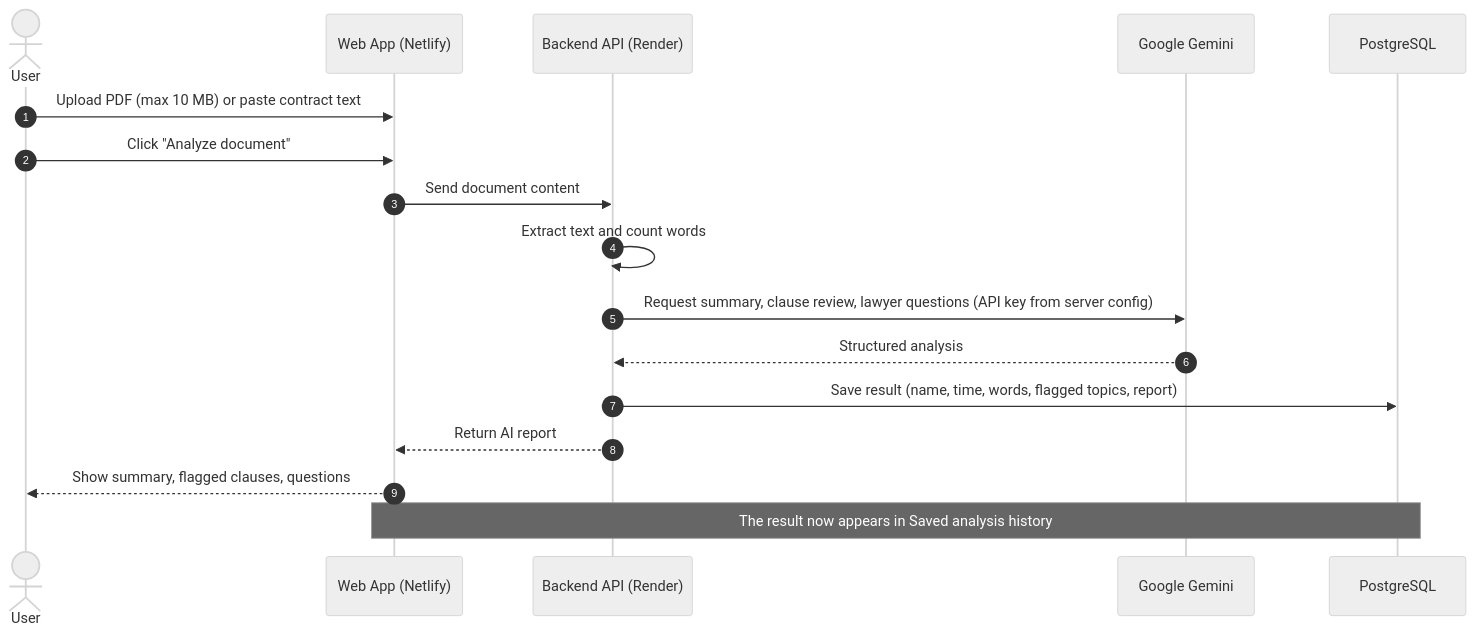
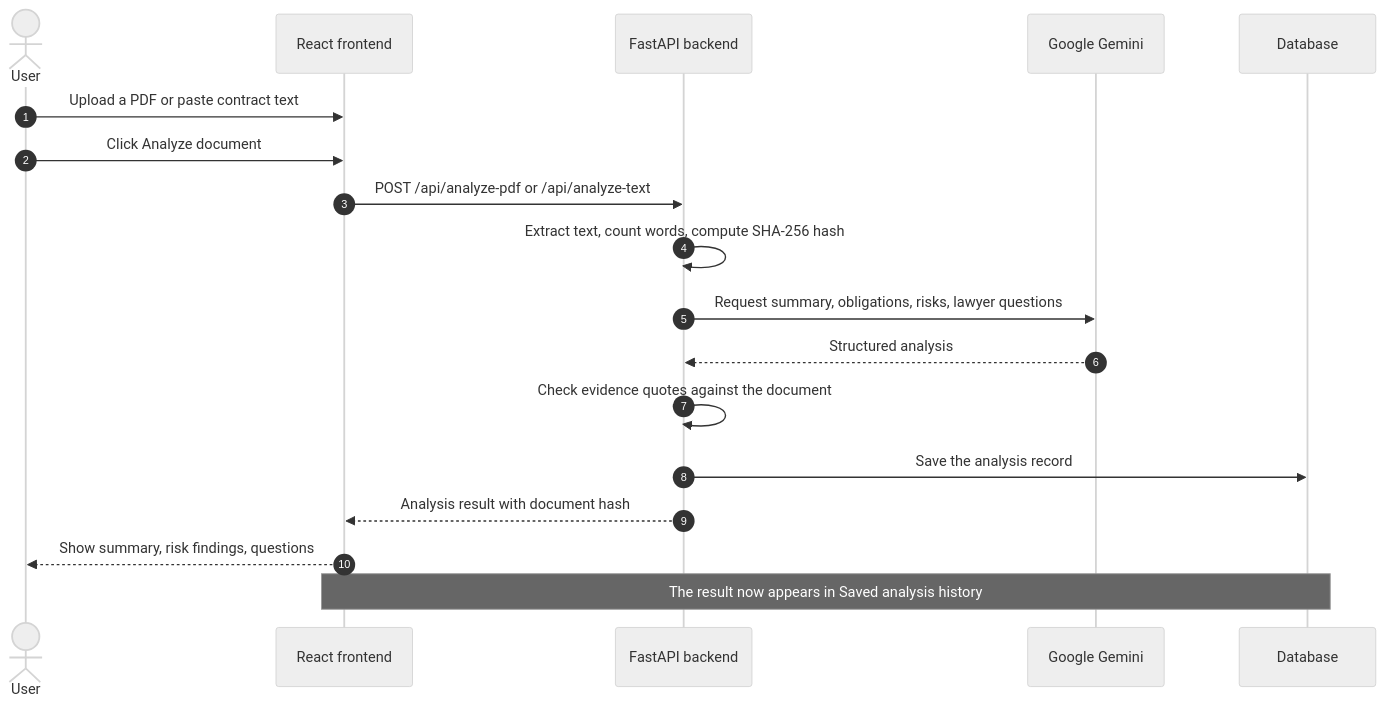
Before and after one commit to Hajrajadoon/LexProof-AI: the third of 11 diagrams in README.md, drawn with Mermaid (neutral theme). The commit also changed other lines of this file, not shown here.

````diff
--- a/README.md
+++ b/README.md
@@ -267,20 +239,21 @@
 ```mermaid
 sequenceDiagram
     autonumber
     actor User
-    participant UI as Web App (Netlify)
-    participant API as Backend API (Render)
+    participant FE as React frontend
+    participant API as FastAPI backend
     participant AI as Google Gemini
-    participant DB as PostgreSQL
+    participant DB as Database
 
-    User->>UI: Upload PDF (max 10 MB) or paste contract text
-    User->>UI: Click "Analyze document"
-    UI->>API: Send document content
-    API->>API: Extract text and count words
-    API->>AI: Request summary, clause review, lawyer questions (API key from server config)
+    User->>FE: Upload a PDF or paste contract text
+    User->>FE: Click Analyze document
+    FE->>API: POST /api/analyze-pdf or /api/analyze-text
+    API->>API: Extract text, count words, compute SHA-256 hash
+    API->>AI: Request summary, obligations, risks, lawyer questions
     AI-->>API: Structured analysis
-    API->>DB: Save result (name, time, words, flagged topics, report)
-    API-->>UI: Return AI report
-    UI-->>User: Show summary, flagged clauses, questions
-    Note over UI,DB: The result now appears in Saved analysis history
+    API->>API: Check evidence quotes against the document
+    API->>DB: Save the analysis record
+    API-->>FE: Analysis result with document hash
+    FE-->>User: Show summary, risk findings, questions
+    Note over FE,DB: The result now appears in Saved analysis history
 ```
````
